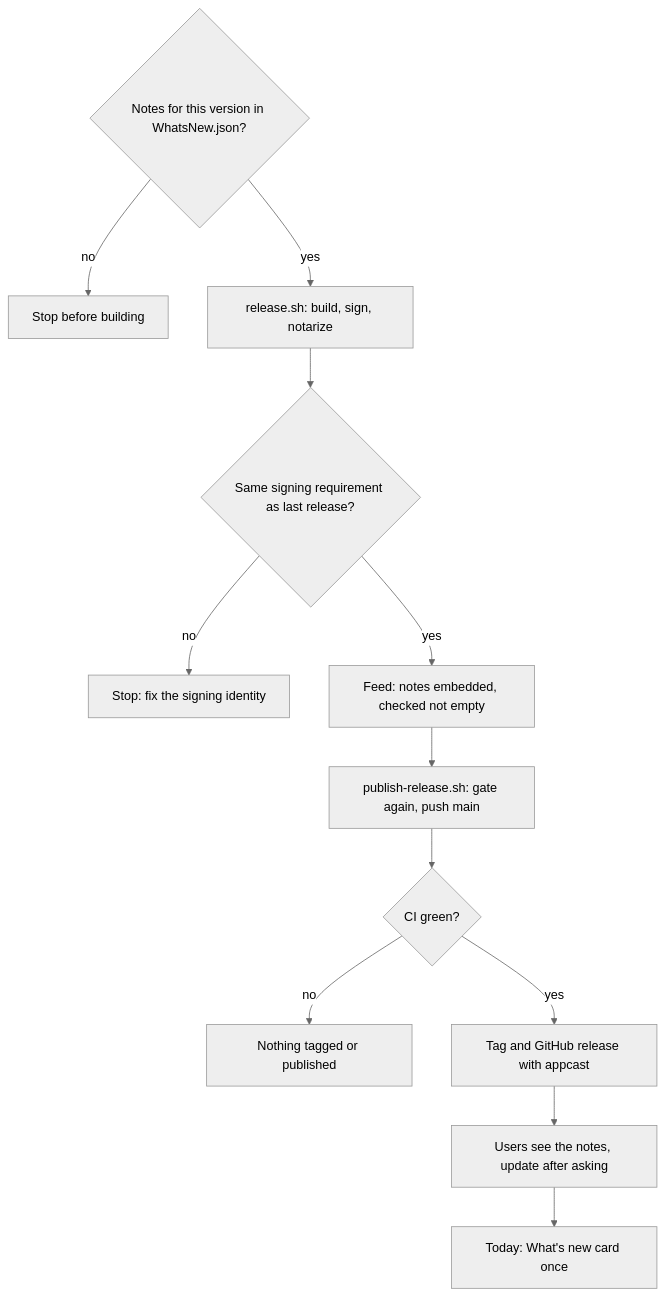
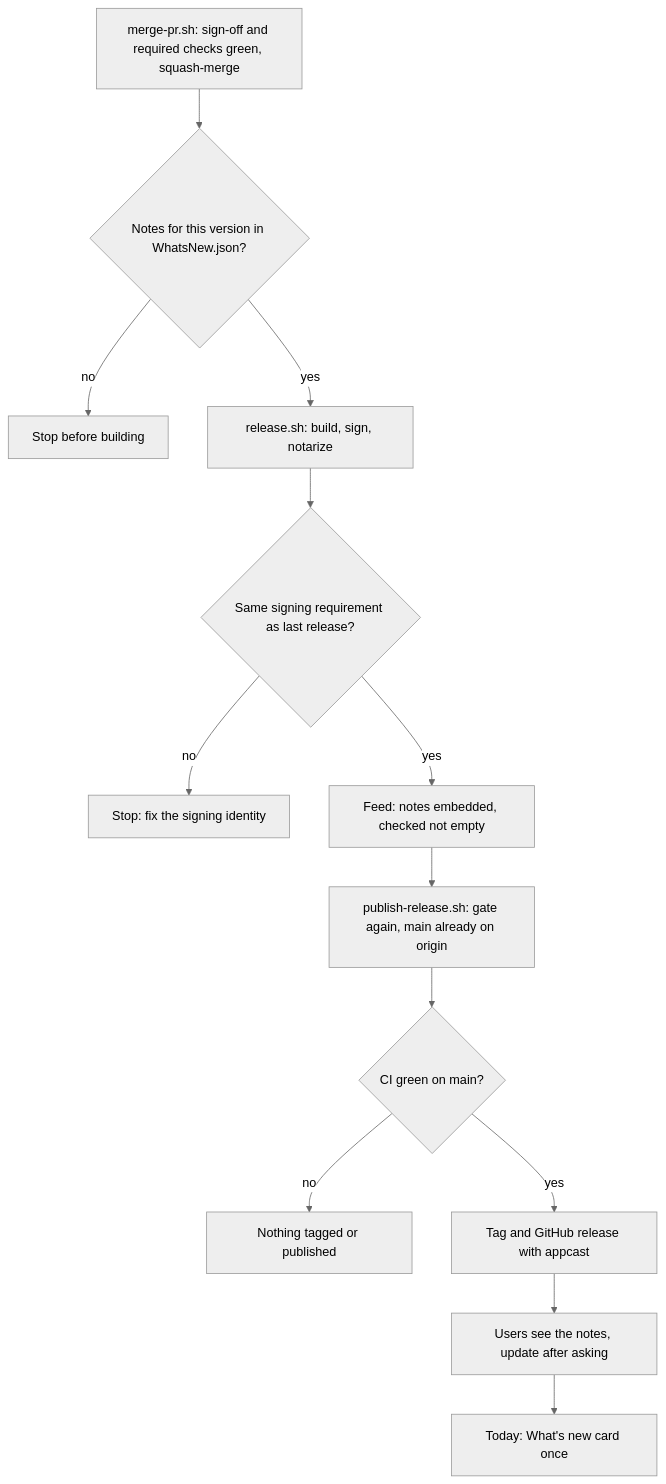
Before and after one commit to priyevsingh/hmunmawi: the diagram in docs/RELEASING.md, drawn with Mermaid (neutral theme). The commit also changed other lines of this file and 9 other files, not shown here.

First line of the commit message:
Standard open-source merge process for main (#9)

````diff
--- a/docs/RELEASING.md
+++ b/docs/RELEASING.md
@@ -67,14 +80,15 @@
 ```mermaid
 flowchart TD
+    M["merge-pr.sh: sign-off and required checks green, squash-merge"] --> W
     W{"Notes for this version in WhatsNew.json?"} -->|no| WS["Stop before building"]
     W -->|yes| B["release.sh: build, sign, notarize"]
     B --> G{"Same signing requirement as last release?"}
     G -->|no| S["Stop: fix the signing identity"]
     G -->|yes| F["Feed: notes embedded, checked not empty"]
-    F --> P["publish-release.sh: gate again, push main"]
-    P --> C{"CI green?"}
+    F --> P["publish-release.sh: gate again, main already on origin"]
+    P --> C{"CI green on main?"}
     C -->|no| N["Nothing tagged or published"]
     C -->|yes| R["Tag and GitHub release with appcast"]
     R --> U["Users see the notes, update after asking"]
     U --> T["Today: What's new card once"]
 ```
````
